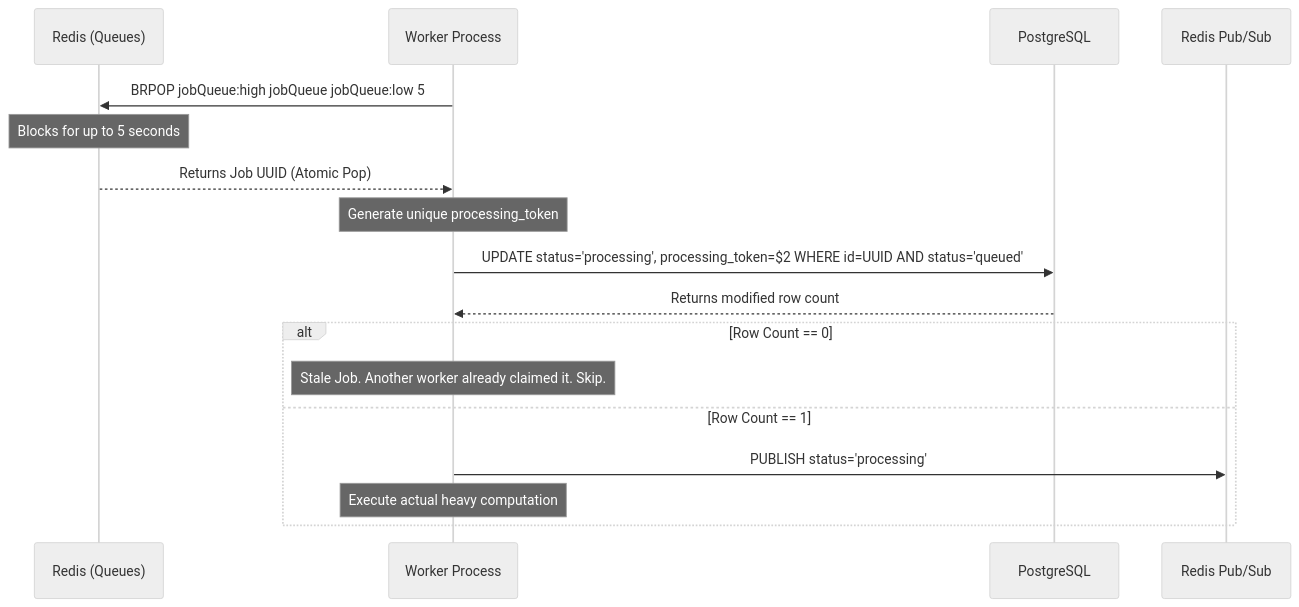
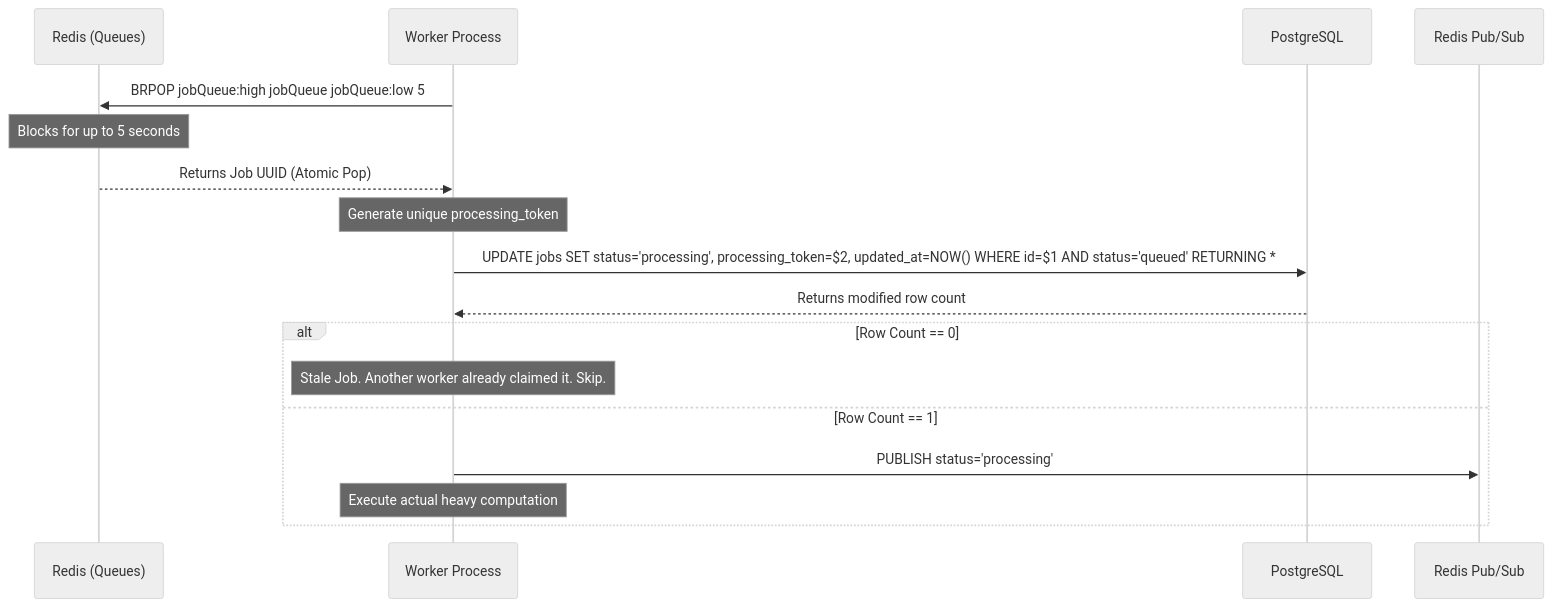
Before and after one commit to Aryns293/QueueFlow-prep: the fourth of 9 diagrams in flow/1. End-To-End-Architecture-Flow.md, drawn with Mermaid (neutral theme). The commit also changed other lines of this file, not shown here.

Commit message:
Fix technical discrepancies in Architecture Flow diagrams and SQL logic

````diff
--- a/flow/1. End-To-End-Architecture-Flow.md
+++ b/flow/1. End-To-End-Architecture-Flow.md
@@ -160,23 +160,23 @@
 ```mermaid
 sequenceDiagram
     participant Redis as Redis (Queues)
     participant Worker as Worker Process
     participant DB as PostgreSQL
     participant PubSub as Redis Pub/Sub
 
     Worker->>Redis: BRPOP jobQueue:high jobQueue jobQueue:low 5
     Note over Redis: Blocks for up to 5 seconds
     Redis-->>Worker: Returns Job UUID (Atomic Pop)
     
     Note over Worker: Generate unique processing_token
     
-    Worker->>DB: UPDATE status='processing', processing_token=$2 WHERE id=UUID AND status='queued'
+    Worker->>DB: UPDATE jobs SET status='processing', processing_token=$2, updated_at=NOW() WHERE id=$1 AND status='queued' RETURNING *
     DB-->>Worker: Returns modified row count
     
     alt Row Count == 0
         Note over Worker: Stale Job. Another worker already claimed it. Skip.
     else Row Count == 1
         Worker->>PubSub: PUBLISH status='processing'
         Note over Worker: Execute actual heavy computation
     end
 ```
````
